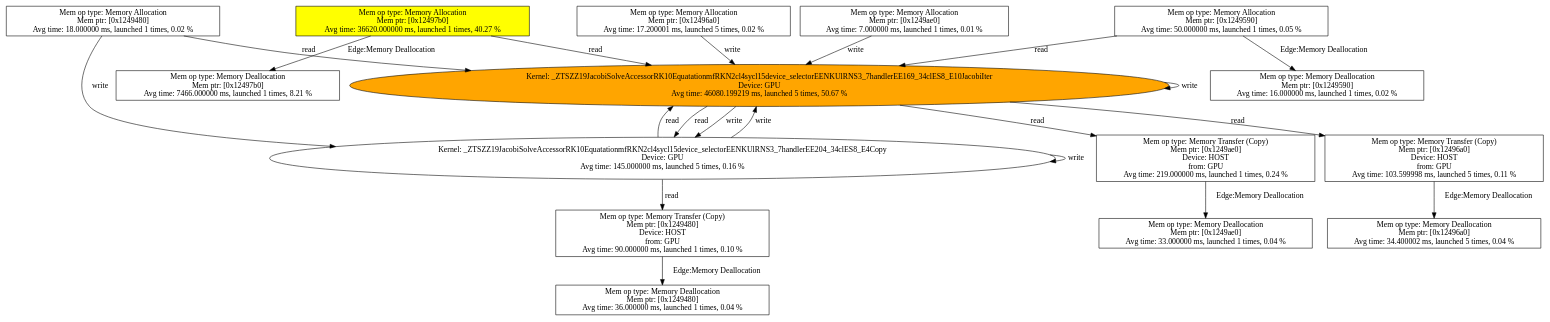
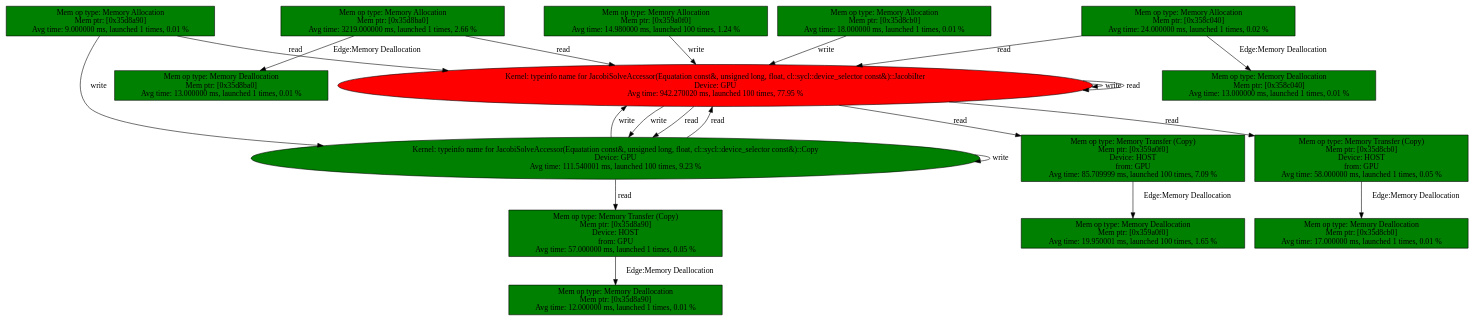
Before and after one commit to and7mw/dpcpp_tools: the diagram in dump.dot, drawn with Graphviz. The commit also changed 66 other files, not shown here.

```diff
--- a/dump.dot
+++ b/dump.dot
@@ -1,73 +1,74 @@
 digraph graphname {
-N327 [label="Mem op type: Memory Transfer (Copy)
-Mem ptr: [0x1249ae0]
+N158 [label="Mem op type: Memory Transfer (Copy)
+Mem ptr: [0x359a0f0]
 Device: HOST
 from: GPU 
-Avg time: 219.000000 ms, launched 1 times, 0.24 %", shape=box];
-N150 [label="Mem op type: Memory Transfer (Copy)
-Mem ptr: [0x12496a0]
+Avg time: 85.709999 ms, launched 100 times, 7.09 %", shape=box, style=filled, fillcolor=green];
+N112 [label="Mem op type: Memory Allocation
+Mem ptr: [0x359a0f0]
+Avg time: 14.980000 ms, launched 100 times, 1.24 %", shape=box, style=filled, fillcolor=green];
+N145 [label="Kernel: typeinfo name for JacobiSolveAccessor(Equatation const&, unsigned long, float, cl::sycl::device_selector const&)::Copy
+Device: GPU
+Avg time: 111.540001 ms, launched 100 times, 9.23 %", style=filled, fillcolor=green];
+N111 [label="Mem op type: Memory Deallocation
+Mem ptr: [0x359a0f0]
+Avg time: 19.950001 ms, launched 100 times, 1.65 %", shape=box, style=filled, fillcolor=green];
+N109 [label="Mem op type: Memory Allocation
+Mem ptr: [0x35d8cb0]
+Avg time: 18.000000 ms, launched 1 times, 0.01 %", shape=box, style=filled, fillcolor=green];
+N4698 [label="Mem op type: Memory Transfer (Copy)
+Mem ptr: [0x35d8cb0]
 Device: HOST
 from: GPU 
-Avg time: 103.599998 ms, launched 5 times, 0.11 %", shape=box];
-N97 [label="Mem op type: Memory Allocation
-Mem ptr: [0x12496a0]
-Avg time: 17.200001 ms, launched 5 times, 0.02 %", shape=box];
-N96 [label="Mem op type: Memory Deallocation
-Mem ptr: [0x12496a0]
-Avg time: 34.400002 ms, launched 5 times, 0.04 %", shape=box];
-N94 [label="Mem op type: Memory Allocation
-Mem ptr: [0x1249ae0]
-Avg time: 7.000000 ms, launched 1 times, 0.01 %", shape=box];
-N93 [label="Mem op type: Memory Deallocation
-Mem ptr: [0x1249ae0]
-Avg time: 33.000000 ms, launched 1 times, 0.04 %", shape=box];
-N91 [label="Mem op type: Memory Allocation
-Mem ptr: [0x1249480]
-Avg time: 18.000000 ms, launched 1 times, 0.02 %", shape=box];
-N84 [label="Mem op type: Memory Deallocation
-Mem ptr: [0x12497b0]
-Avg time: 7466.000000 ms, launched 1 times, 8.21 %", shape=box];
-N338 [label="Mem op type: Memory Transfer (Copy)
-Mem ptr: [0x1249480]
+Avg time: 58.000000 ms, launched 1 times, 0.05 %", shape=box, style=filled, fillcolor=green];
+N108 [label="Mem op type: Memory Deallocation
+Mem ptr: [0x35d8cb0]
+Avg time: 17.000000 ms, launched 1 times, 0.01 %", shape=box, style=filled, fillcolor=green];
+N106 [label="Mem op type: Memory Allocation
+Mem ptr: [0x35d8a90]
+Avg time: 9.000000 ms, launched 1 times, 0.01 %", shape=box, style=filled, fillcolor=green];
+N99 [label="Mem op type: Memory Deallocation
+Mem ptr: [0x35d8ba0]
+Avg time: 13.000000 ms, launched 1 times, 0.01 %", shape=box, style=filled, fillcolor=green];
+N98 [label="Kernel: typeinfo name for JacobiSolveAccessor(Equatation const&, unsigned long, float, cl::sycl::device_selector const&)::JacobiIter
+Device: GPU
+Avg time: 942.270020 ms, launched 100 times, 77.95 %", style=filled, fillcolor=red];
+N105 [label="Mem op type: Memory Deallocation
+Mem ptr: [0x35d8a90]
+Avg time: 12.000000 ms, launched 1 times, 0.01 %", shape=box, style=filled, fillcolor=green];
+N100 [label="Mem op type: Memory Allocation
+Mem ptr: [0x35d8ba0]
+Avg time: 3219.000000 ms, launched 1 times, 2.66 %", shape=box, style=filled, fillcolor=green];
+N4709 [label="Mem op type: Memory Transfer (Copy)
+Mem ptr: [0x35d8a90]
 Device: HOST
 from: GPU 
-Avg time: 90.000000 ms, launched 1 times, 0.10 %", shape=box];
-N134 [label="Kernel: _ZTSZZ19JacobiSolveAccessorRK10EquatationmfRKN2cl4sycl15device_selectorEENKUlRNS3_7handlerEE204_34clES8_E4Copy
-Device: GPU
-Avg time: 145.000000 ms, launched 5 times, 0.16 %"];
-N83 [label="Kernel: _ZTSZZ19JacobiSolveAccessorRK10EquatationmfRKN2cl4sycl15device_selectorEENKUlRNS3_7handlerEE169_34clES8_E10JacobiIter
-Device: GPU
-Avg time: 46080.199219 ms, launched 5 times, 50.67 %", style=filled, fillcolor=orange];
-N90 [label="Mem op type: Memory Deallocation
-Mem ptr: [0x1249480]
-Avg time: 36.000000 ms, launched 1 times, 0.04 %", shape=box];
-N85 [label="Mem op type: Memory Allocation
-Mem ptr: [0x12497b0]
-Avg time: 36620.000000 ms, launched 1 times, 40.27 %", shape=box, style=filled, fillcolor=yellow];
-N87 [label="Mem op type: Memory Deallocation
-Mem ptr: [0x1249590]
-Avg time: 16.000000 ms, launched 1 times, 0.02 %", shape=box];
-N88 [label="Mem op type: Memory Allocation
-Mem ptr: [0x1249590]
-Avg time: 50.000000 ms, launched 1 times, 0.05 %", shape=box];
-N85 -> N84 [label="Edge:Memory Deallocation"];
-N88 -> N87 [label="Edge:Memory Deallocation"];
-N338 -> N90 [label="Edge:Memory Deallocation"];
-N97 -> N83 [label="write"];
-N83 -> N134 [label="write"];
-N94 -> N83 [label="write"];
-N91 -> N83 [label="read"];
-N134 -> N83 [label="write"];
-N85 -> N83 [label="read"];
-N134 -> N83 [label="read"];
-N134 -> N338 [label="read"];
-N83 -> N83 [label="write"];
-N83 -> N134 [label="read"];
-N88 -> N83 [label="read"];
-N83 -> N327 [label="read"];
-N91 -> N134 [label="write"];
-N83 -> N150 [label="read"];
-N150 -> N96 [label="Edge:Memory Deallocation"];
-N134 -> N134 [label="write"];
-N327 -> N93 [label="Edge:Memory Deallocation"];
+Avg time: 57.000000 ms, launched 1 times, 0.05 %", shape=box, style=filled, fillcolor=green];
+N102 [label="Mem op type: Memory Deallocation
+Mem ptr: [0x358c040]
+Avg time: 13.000000 ms, launched 1 times, 0.01 %", shape=box, style=filled, fillcolor=green];
+N103 [label="Mem op type: Memory Allocation
+Mem ptr: [0x358c040]
+Avg time: 24.000000 ms, launched 1 times, 0.02 %", shape=box, style=filled, fillcolor=green];
+N103 -> N102 [label="Edge:Memory Deallocation"];
+N145 -> N4709 [label="read"];
+N103 -> N98 [label="read"];
+N98 -> N145 [label="read"];
+N98 -> N4698 [label="read"];
+N109 -> N98 [label="write"];
+N100 -> N98 [label="read"];
+N106 -> N145 [label="write"];
+N4709 -> N105 [label="Edge:Memory Deallocation"];
+N106 -> N98 [label="read"];
+N145 -> N98 [label="read"];
+N112 -> N98 [label="write"];
+N98 -> N145 [label="write"];
+N98 -> N158 [label="read"];
+N158 -> N111 [label="Edge:Memory Deallocation"];
+N98 -> N98 [label="write"];
+N100 -> N99 [label="Edge:Memory Deallocation"];
+N4698 -> N108 [label="Edge:Memory Deallocation"];
+N145 -> N98 [label="write"];
+N145 -> N145 [label="write"];
+N98 -> N98 [label="read"];
 }
```
